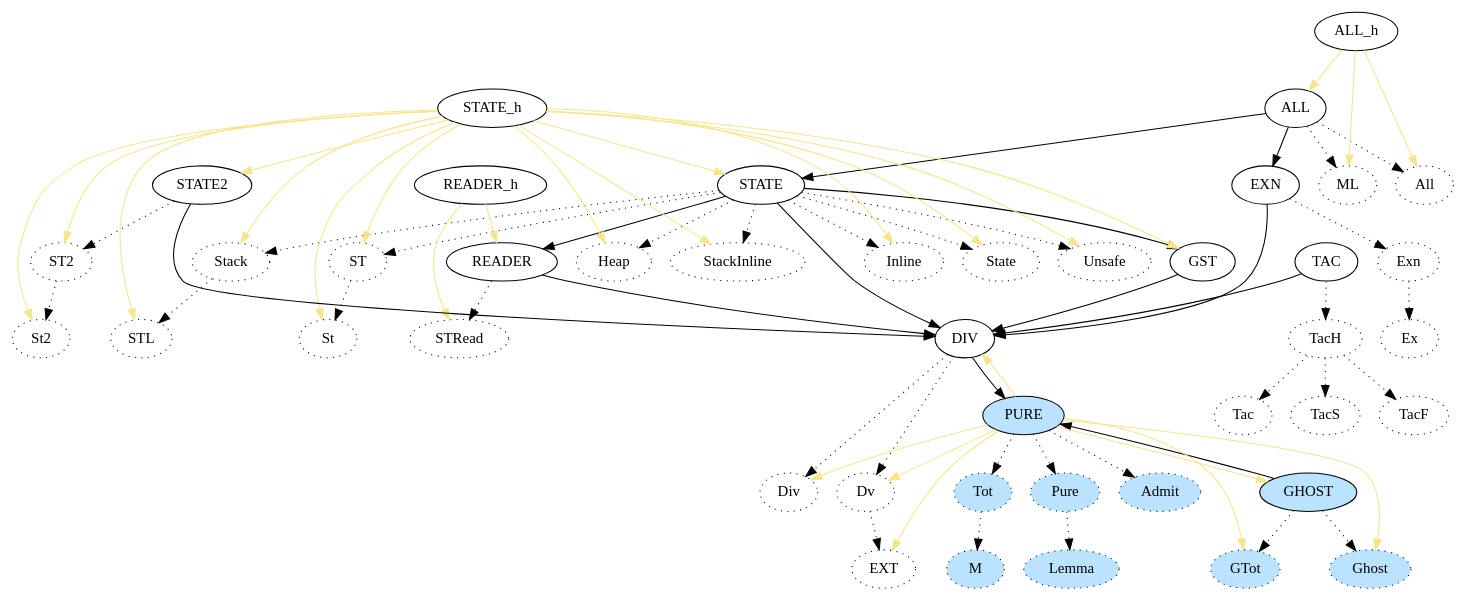
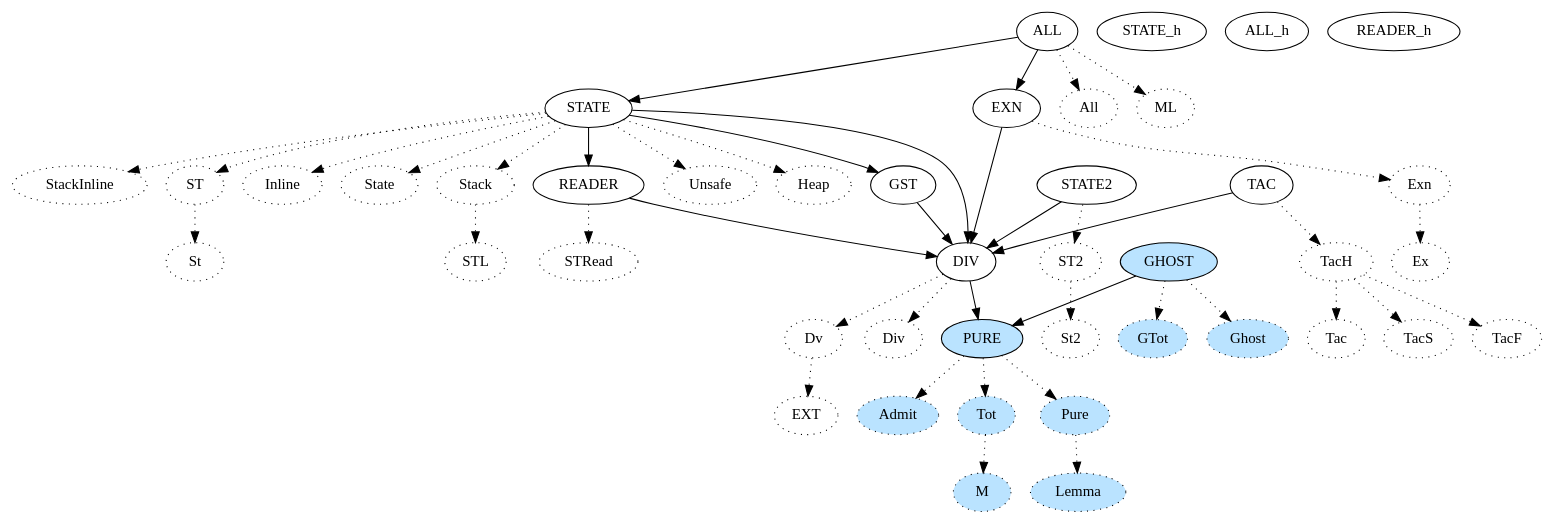
Before and after one commit to W95Psp/fstar-effects-graph-builder: the diagram in effect-lattice.dot, drawn with Graphviz. The commit also changed 3 other files, not shown here.

```diff
--- a/effect-lattice.dot
+++ b/effect-lattice.dot
@@ -1,114 +1,88 @@
 digraph G {
 ALL[tooltip="FStar.HyperStack.All.fst:23",URL="http://github.com/FStarLang/FStar/blob/master/ulib/FStar.HyperStack.All.fst#L23"];
 GST[tooltip="FStar.ST.fst:26",URL="http://github.com/FStarLang/FStar/blob/master/ulib/FStar.ST.fst#L26"];
 STATE[tooltip="reclaimable/FStar.ST.fst:29",URL="http://github.com/FStarLang/FStar/blob/master/ulib/reclaimable/FStar.ST.fst#L29"];
 DIV[tooltip="FStar.Pervasives.fst:36",URL="http://github.com/FStarLang/FStar/blob/master/ulib/FStar.Pervasives.fst#L36"];
 STATE_h[tooltip="FStar.Pervasives.fst:99",URL="http://github.com/FStarLang/FStar/blob/master/ulib/FStar.Pervasives.fst#L99"];
 EXN[tooltip="FStar.Pervasives.fst:154",URL="http://github.com/FStarLang/FStar/blob/master/ulib/FStar.Pervasives.fst#L154"];
 ALL_h[tooltip="FStar.Pervasives.fst:222",URL="http://github.com/FStarLang/FStar/blob/master/ulib/FStar.Pervasives.fst#L222"];
 READER[tooltip="FStar.Reader.fst:82",URL="http://github.com/FStarLang/FStar/blob/master/ulib/FStar.Reader.fst#L82"];
 READER_h[tooltip="FStar.Reader.fst:68",URL="http://github.com/FStarLang/FStar/blob/master/ulib/FStar.Reader.fst#L68"];
 STATE2[tooltip="FStar.Relational.Comp.fst:24",URL="http://github.com/FStarLang/FStar/blob/master/ulib/FStar.Relational.Comp.fst#L24"];
 TAC[tooltip="FStar.Tactics.Effect.fst:83",URL="http://github.com/FStarLang/FStar/blob/master/ulib/FStar.Tactics.Effect.fst#L83"];
 GHOST[style="filled",fillcolor="#bae3ff",tooltip="prims.fst:243",URL="http://github.com/FStarLang/FStar/blob/master/ulib/prims.fst#L243"];
 PURE[style="filled",fillcolor="#bae3ff",tooltip="prims.fst:218",URL="http://github.com/FStarLang/FStar/blob/master/ulib/prims.fst#L218"];
 STRead[style="dotted",tooltip="FStar.Reader.fst:83",URL="http://github.com/FStarLang/FStar/blob/master/ulib/FStar.Reader.fst#L83"];
 All[style="dotted",tooltip="FStar.All.fst:33",URL="http://github.com/FStarLang/FStar/blob/master/ulib/FStar.All.fst#L33"];
 Unsafe[style="dotted",tooltip="FStar.HyperStack.ST.fsti:97",URL="http://github.com/FStarLang/FStar/blob/master/ulib/FStar.HyperStack.ST.fsti#L97"];
 Stack[style="dotted",tooltip="FStar.HyperStack.ST.fsti:202",URL="http://github.com/FStarLang/FStar/blob/master/ulib/FStar.HyperStack.ST.fsti#L202"];
 Heap[style="dotted",tooltip="FStar.HyperStack.ST.fsti:213",URL="http://github.com/FStarLang/FStar/blob/master/ulib/FStar.HyperStack.ST.fsti#L213"];
 ST[style="dotted",tooltip="FStar.HyperStack.ST.fsti:226",URL="http://github.com/FStarLang/FStar/blob/master/ulib/FStar.HyperStack.ST.fsti#L226"];
 St[style="dotted",tooltip="FStar.HyperStack.ST.fsti:229",URL="http://github.com/FStarLang/FStar/blob/master/ulib/FStar.HyperStack.ST.fsti#L229"];
 StackInline[style="dotted",tooltip="FStar.HyperStack.ST.fsti:246",URL="http://github.com/FStarLang/FStar/blob/master/ulib/FStar.HyperStack.ST.fsti#L246"];
 Inline[style="dotted",tooltip="FStar.HyperStack.ST.fsti:264",URL="http://github.com/FStarLang/FStar/blob/master/ulib/FStar.HyperStack.ST.fsti#L264"];
 STL[style="dotted",tooltip="FStar.HyperStack.ST.fsti:272",URL="http://github.com/FStarLang/FStar/blob/master/ulib/FStar.HyperStack.ST.fsti#L272"];
 Div[style="dotted",tooltip="FStar.Pervasives.fst:38",URL="http://github.com/FStarLang/FStar/blob/master/ulib/FStar.Pervasives.fst#L38"];
 Dv[style="dotted",tooltip="FStar.Pervasives.fst:41",URL="http://github.com/FStarLang/FStar/blob/master/ulib/FStar.Pervasives.fst#L41"];
 EXT[style="dotted",tooltip="FStar.Pervasives.fst:47",URL="http://github.com/FStarLang/FStar/blob/master/ulib/FStar.Pervasives.fst#L47"];
 Exn[style="dotted",tooltip="FStar.Pervasives.fst:168",URL="http://github.com/FStarLang/FStar/blob/master/ulib/FStar.Pervasives.fst#L168"];
 Ex[style="dotted",tooltip="FStar.Pervasives.fst:173",URL="http://github.com/FStarLang/FStar/blob/master/ulib/FStar.Pervasives.fst#L173"];
 ML[style="dotted",tooltip="FStar.All.fst:37",URL="http://github.com/FStarLang/FStar/blob/master/ulib/FStar.All.fst#L37"];
 ST2[style="dotted",tooltip="FStar.Relational.Comp.fst:29",URL="http://github.com/FStarLang/FStar/blob/master/ulib/FStar.Relational.Comp.fst#L29"];
 St2[style="dotted",tooltip="FStar.Relational.Comp.fst:32",URL="http://github.com/FStarLang/FStar/blob/master/ulib/FStar.Relational.Comp.fst#L32"];
 State[style="dotted",tooltip="FStar.ST.fst:69",URL="http://github.com/FStarLang/FStar/blob/master/ulib/FStar.ST.fst#L69"];
 TacH[style="dotted",tooltip="FStar.Tactics.Effect.fst:93",URL="http://github.com/FStarLang/FStar/blob/master/ulib/FStar.Tactics.Effect.fst#L93"];
 Tac[style="dotted",tooltip="FStar.Tactics.Effect.fst:97",URL="http://github.com/FStarLang/FStar/blob/master/ulib/FStar.Tactics.Effect.fst#L97"];
 TacS[style="dotted",tooltip="FStar.Tactics.Effect.fst:100",URL="http://github.com/FStarLang/FStar/blob/master/ulib/FStar.Tactics.Effect.fst#L100"];
 TacF[style="dotted",tooltip="FStar.Tactics.Effect.fst:103",URL="http://github.com/FStarLang/FStar/blob/master/ulib/FStar.Tactics.Effect.fst#L103"];
 Pure[style="dotted,filled",fillcolor="#bae3ff",tooltip="prims.fst:236",URL="http://github.com/FStarLang/FStar/blob/master/ulib/prims.fst#L236"];
 Admit[style="dotted,filled",fillcolor="#bae3ff",tooltip="prims.fst:238",URL="http://github.com/FStarLang/FStar/blob/master/ulib/prims.fst#L238"];
 Tot[style="dotted,filled",fillcolor="#bae3ff",tooltip="prims.fst:242",URL="http://github.com/FStarLang/FStar/blob/master/ulib/prims.fst#L242"];
 GTot[style="dotted,filled",fillcolor="#bae3ff",tooltip="prims.fst:254",URL="http://github.com/FStarLang/FStar/blob/master/ulib/prims.fst#L254"];
 Ghost[style="dotted,filled",fillcolor="#bae3ff",tooltip="prims.fst:255",URL="http://github.com/FStarLang/FStar/blob/master/ulib/prims.fst#L255"];
 Lemma[style="dotted,filled",fillcolor="#bae3ff",tooltip="prims.fst:392",URL="http://github.com/FStarLang/FStar/blob/master/ulib/prims.fst#L392"];
 M[style="dotted,filled",fillcolor="#bae3ff",tooltip="prims.fst:398",URL="http://github.com/FStarLang/FStar/blob/master/ulib/prims.fst#L398"];
 STATE->GST[tooltip="FStar.ST.fst:68",URL="http://github.com/FStarLang/FStar/blob/master/ulib/FStar.ST.fst#L68"];
 ALL->STATE[tooltip="FStar.HyperStack.All.fst:26",URL="http://github.com/FStarLang/FStar/blob/master/ulib/FStar.HyperStack.All.fst#L26"];
 GST->DIV[tooltip="FStar.ST.fst:34",URL="http://github.com/FStarLang/FStar/blob/master/ulib/FStar.ST.fst#L34"];
 STATE->DIV[tooltip="reclaimable/FStar.ST.fst:31",URL="http://github.com/FStarLang/FStar/blob/master/ulib/reclaimable/FStar.ST.fst#L31"];
 EXN->DIV[tooltip="FStar.Pervasives.fst:172",URL="http://github.com/FStarLang/FStar/blob/master/ulib/FStar.Pervasives.fst#L172"];
 READER->DIV[tooltip="FStar.Reader.fst:95",URL="http://github.com/FStarLang/FStar/blob/master/ulib/FStar.Reader.fst#L95"];
 STATE2->DIV[tooltip="FStar.Relational.Comp.fst:33",URL="http://github.com/FStarLang/FStar/blob/master/ulib/FStar.Relational.Comp.fst#L33"];
 TAC->DIV[tooltip="FStar.Tactics.Effect.fst:109",URL="http://github.com/FStarLang/FStar/blob/master/ulib/FStar.Tactics.Effect.fst#L109"];
 ALL->EXN[tooltip="FStar.HyperStack.All.fst:29",URL="http://github.com/FStarLang/FStar/blob/master/ulib/FStar.HyperStack.All.fst#L29"];
 STATE->READER[tooltip="FStar.Reader.fst:93",URL="http://github.com/FStarLang/FStar/blob/master/ulib/FStar.Reader.fst#L93"];
 DIV->PURE[tooltip="FStar.Pervasives.fst:37",URL="http://github.com/FStarLang/FStar/blob/master/ulib/FStar.Pervasives.fst#L37"];
 GHOST->PURE[tooltip="prims.fst:250",URL="http://github.com/FStarLang/FStar/blob/master/ulib/prims.fst#L250"];
 READER->STRead[style="dotted"];
 ALL->All[style="dotted"];
 STATE->Unsafe[style="dotted"];
 STATE->Stack[style="dotted"];
 STATE->Heap[style="dotted"];
 STATE->ST[style="dotted"];
 ST->St[style="dotted"];
 STATE->StackInline[style="dotted"];
 STATE->Inline[style="dotted"];
 Stack->STL[style="dotted"];
 DIV->Div[style="dotted"];
 DIV->Dv[style="dotted"];
 Dv->EXT[style="dotted"];
 EXN->Exn[style="dotted"];
 Exn->Ex[style="dotted"];
 ALL->ML[style="dotted"];
 STATE2->ST2[style="dotted"];
 ST2->St2[style="dotted"];
 STATE->State[style="dotted"];
 TAC->TacH[style="dotted"];
 TacH->Tac[style="dotted"];
 TacH->TacS[style="dotted"];
 TacH->TacF[style="dotted"];
 PURE->Pure[style="dotted"];
 PURE->Admit[style="dotted"];
 PURE->Tot[style="dotted"];
 GHOST->GTot[style="dotted"];
 GHOST->Ghost[style="dotted"];
 Pure->Lemma[style="dotted"];
 Tot->M[style="dotted"];
-ALL_h->ALL[color="#f6e58d"];
-STATE_h->GST[color="#f6e58d"];
-STATE_h->STATE[color="#f6e58d"];
-PURE->DIV[color="#f6e58d"];
-READER_h->READER[color="#f6e58d"];
-STATE_h->STATE2[color="#f6e58d"];
-PURE->GHOST[color="#f6e58d"];
-READER_h->STRead[color="#f6e58d"];
-ALL_h->All[color="#f6e58d"];
-STATE_h->Unsafe[color="#f6e58d"];
-STATE_h->Stack[color="#f6e58d"];
-STATE_h->Heap[color="#f6e58d"];
-STATE_h->ST[color="#f6e58d"];
-STATE_h->St[color="#f6e58d"];
-STATE_h->StackInline[color="#f6e58d"];
-STATE_h->Inline[color="#f6e58d"];
-STATE_h->STL[color="#f6e58d"];
-PURE->Div[color="#f6e58d"];
-PURE->Dv[color="#f6e58d"];
-PURE->EXT[color="#f6e58d"];
-ALL_h->ML[color="#f6e58d"];
-STATE_h->ST2[color="#f6e58d"];
-STATE_h->St2[color="#f6e58d"];
-STATE_h->State[color="#f6e58d"];
-PURE->GTot[color="#f6e58d"];
-PURE->Ghost[color="#f6e58d"];
 
 }
```
